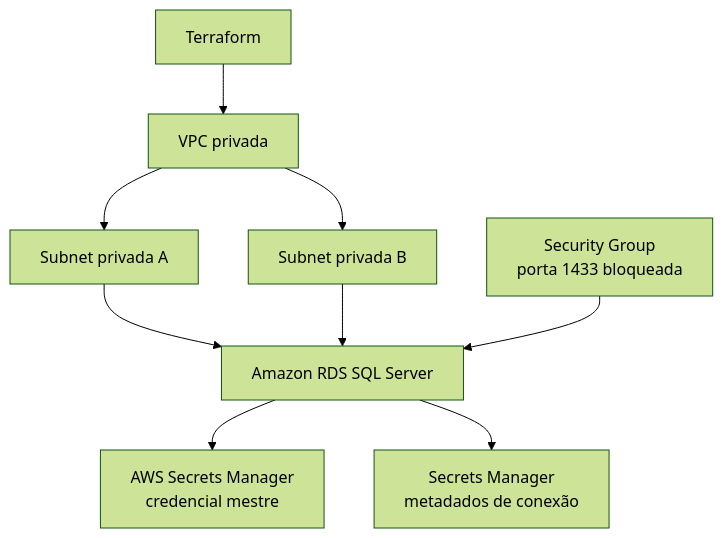
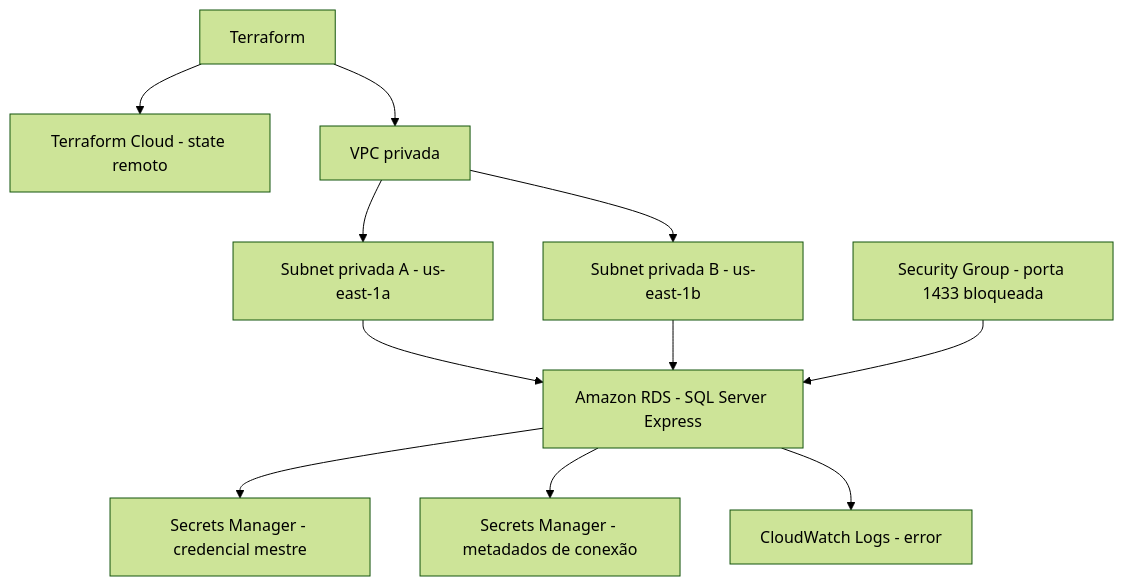
The diagram in README.md (Gearflow-Fiap/gearflow-infra-database), drawn with Mermaid (forest theme) before and after one commit. The commit also changed other lines of this file and 1 other file, not shown here.

Commit message:
feat: configura infraestrutura RDS SQL Server gerenciada

````diff
--- a/README.md
+++ b/README.md
@@ -12,11 +23,13 @@
 ```mermaid
 flowchart TB
-    TF[Terraform] --> VPC[VPC privada]
-    VPC --> S1[Subnet privada A]
-    VPC --> S2[Subnet privada B]
-    S1 --> RDS[Amazon RDS SQL Server]
+    TF["Terraform"] --> TFC["Terraform Cloud - state remoto"]
+    TF --> VPC["VPC privada"]
+    VPC --> S1["Subnet privada A - us-east-1a"]
+    VPC --> S2["Subnet privada B - us-east-1b"]
+    S1 --> RDS["Amazon RDS - SQL Server Express"]
     S2 --> RDS
-    SG[Security Group\nporta 1433 bloqueada] --> RDS
-    RDS --> MS[AWS Secrets Manager\ncredencial mestre]
-    RDS --> CM[Secrets Manager\nmetadados de conexão]
+    SG["Security Group - porta 1433 bloqueada"] --> RDS
+    RDS --> MASTER["Secrets Manager - credencial mestre"]
+    RDS --> METADATA["Secrets Manager - metadados de conexão"]
+    RDS --> LOGS["CloudWatch Logs - error"]
 ```
````
